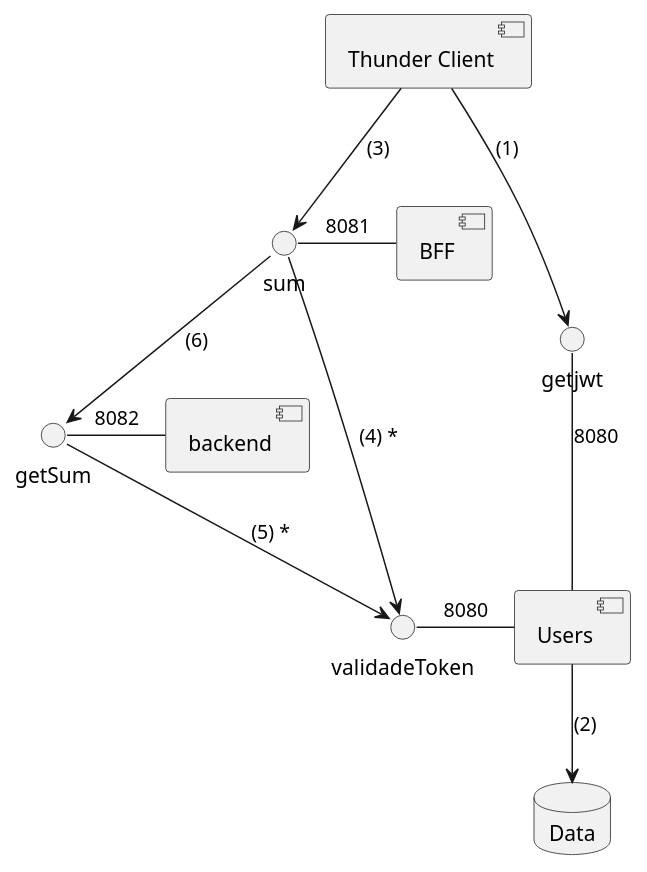
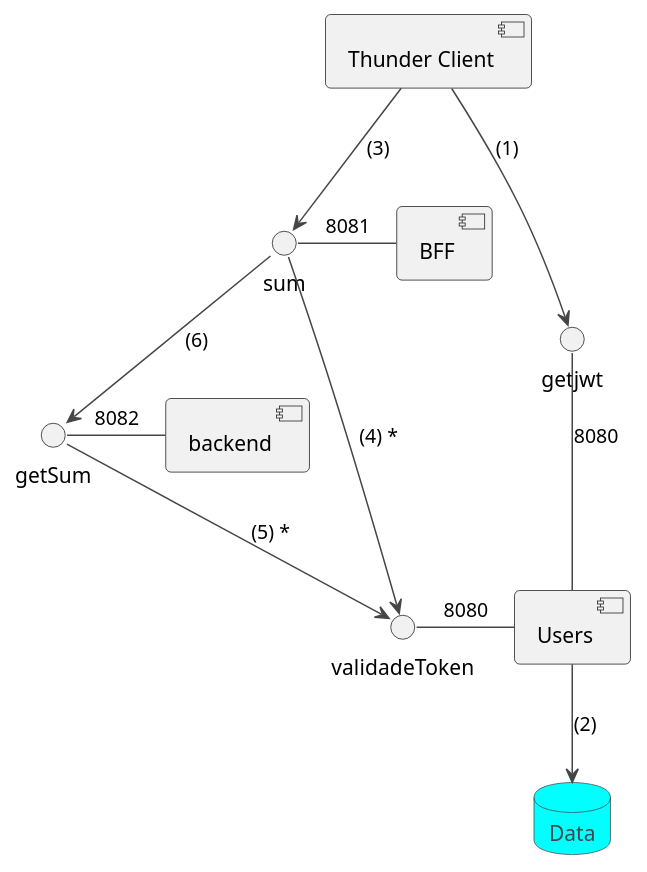
One commit to rodrigoprestesmachado/pw2 changed the diagram in docs/topicos/jwt/jwt.puml. Above: the diagram before and after it, drawn with PlantUML. The commit also changed 1 other file, not shown here.

Commit message:
bff diagram

```diff
--- a/docs/topicos/jwt/jwt.puml
+++ b/docs/topicos/jwt/jwt.puml
@@ -1,20 +1,22 @@
 @startuml
+
+!theme vibrant
 
 [Thunder Client]
 sum - [BFF] : 8081
 getSum - [backend] : 8082
 getjwt - [Users] : 8080
 validadeToken - [Users] : 8080
 
 database Data {
 
 }
 
 [Thunder Client] --> getjwt : (1)
 Users --> Data : (2)
 [Thunder Client] --> sum : (3)
 sum --> validadeToken : (4) *
 getSum --> validadeToken : (5) *
 sum --> getSum : (6)
 
 @enduml
```
